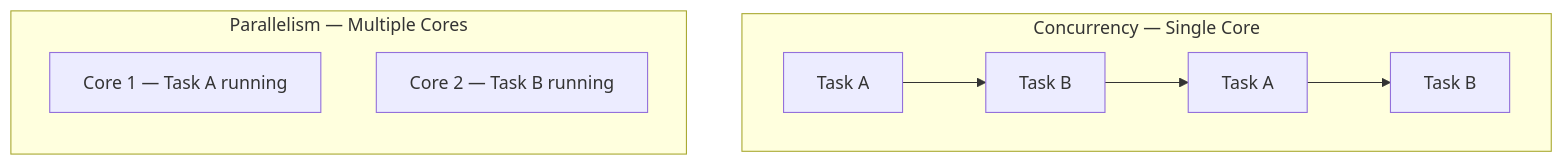
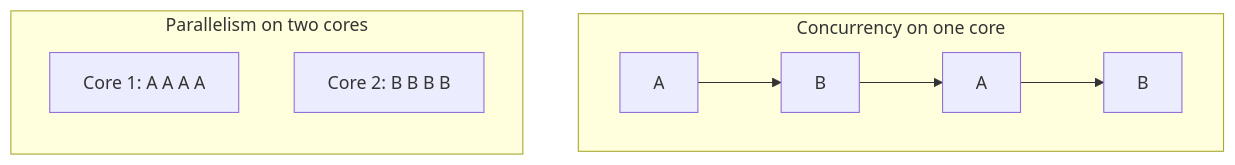
The fourth of 4 diagrams in 06-multithreading-concurrency/01-basics-of-multithreading-concurrency.md (ani2fun/low-level-design-guide), drawn with Mermaid before and after one commit. The commit also changed other lines of this file and 5 other files, not shown here.

````diff
--- a/06-multithreading-concurrency/01-basics-of-multithreading-concurrency.md
+++ b/06-multithreading-concurrency/01-basics-of-multithreading-concurrency.md
@@ -223,12 +197,12 @@
 ```mermaid
 flowchart TB
-    subgraph SC["Concurrency — Single Core"]
+    subgraph SC["Concurrency on one core"]
         direction LR
-        A1[Task A] --> B1[Task B] --> A2[Task A] --> B2[Task B]
+        A1[A] --> B1[B] --> A2[A] --> B2[B]
     end
-    subgraph MC["Parallelism — Multiple Cores"]
+    subgraph MC["Parallelism on two cores"]
         direction TB
-        C1[Core 1 — Task A running]
-        C2[Core 2 — Task B running]
+        C1["Core 1: A A A A"]
+        C2["Core 2: B B B B"]
     end
 ```
````
